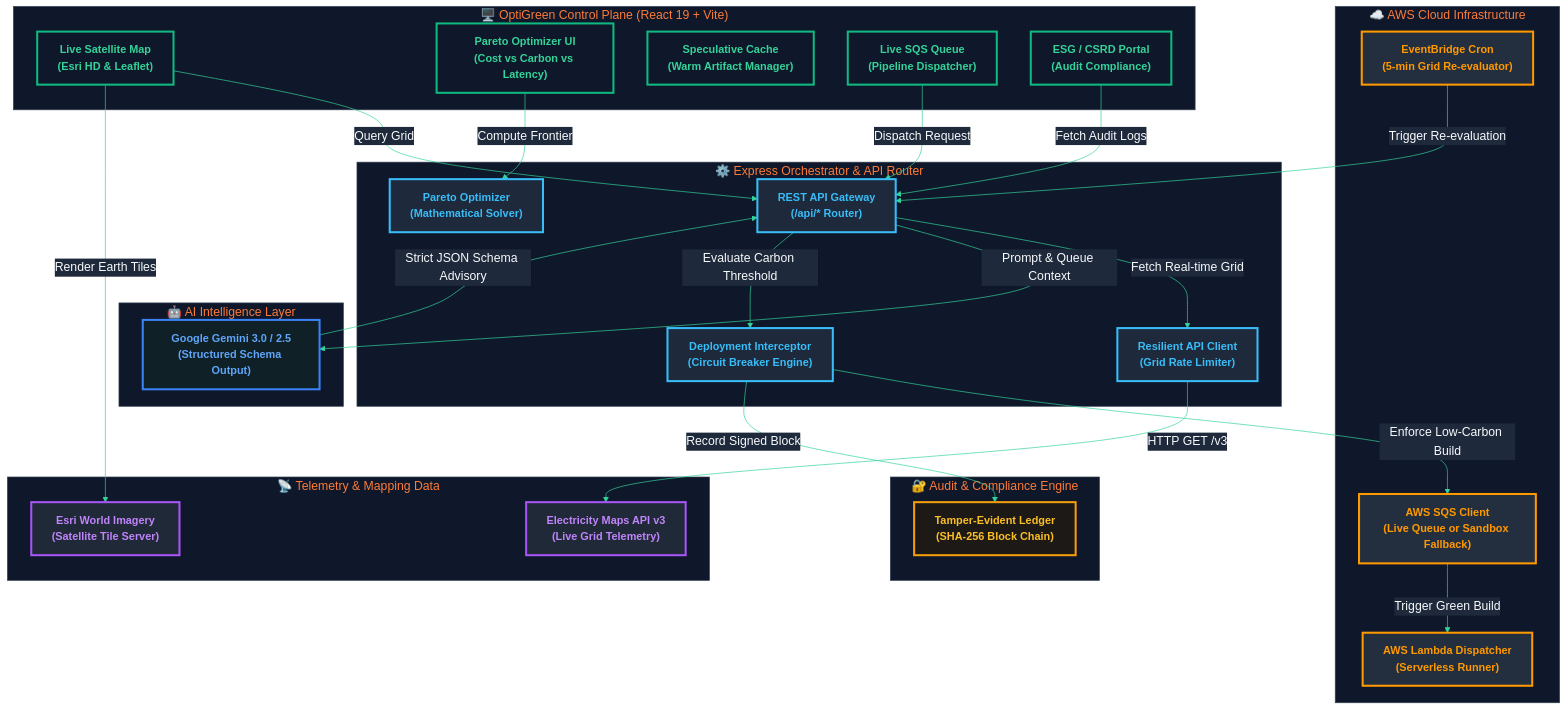
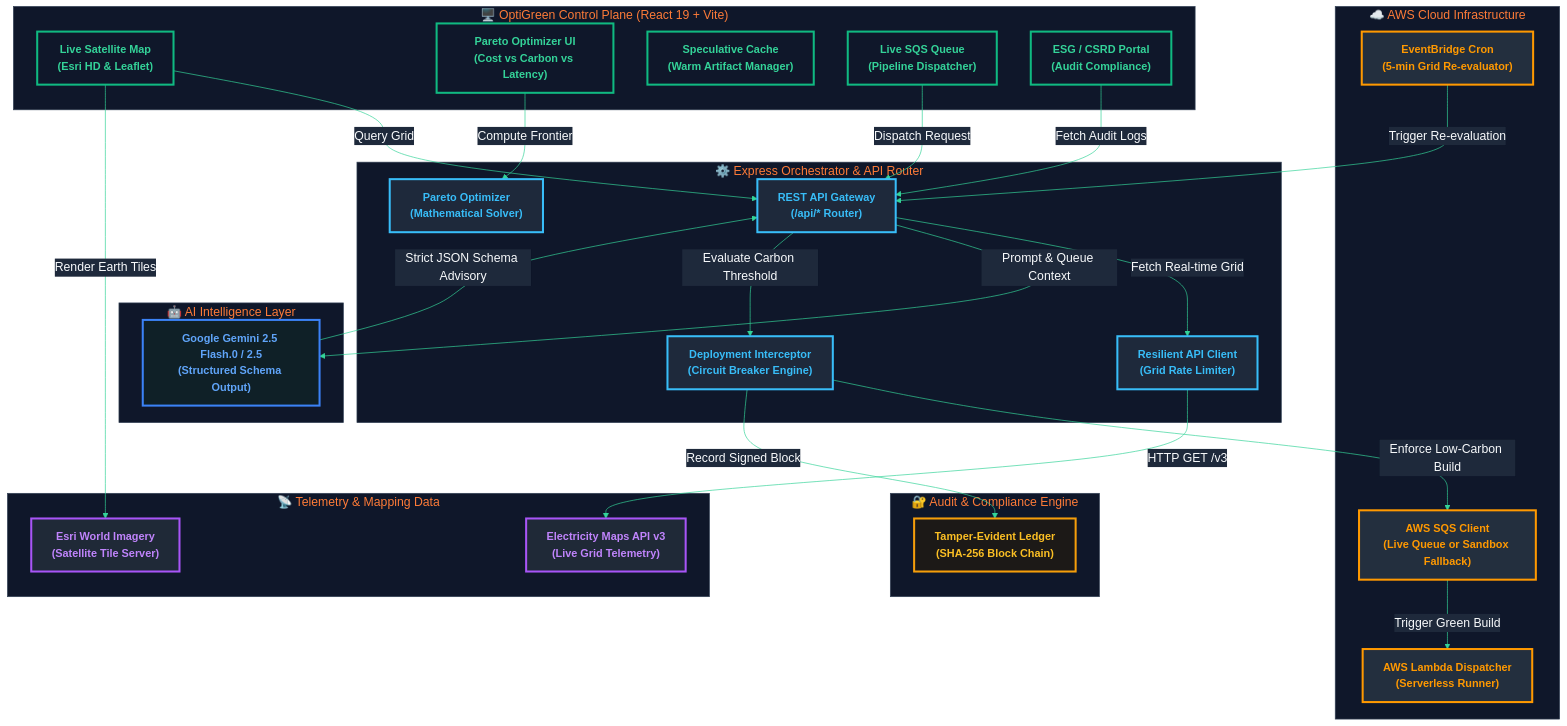
One commit to Jacksonfio/Optigreen changed the second of 3 diagrams in README.md. Above: the diagram before and after it, drawn with Mermaid. The commit also changed other lines of this file and 6 other files, not shown here.

Commit message:
docs: standardize Gemini 2.5 Flash naming, align firebase config and GCP client to asia-south1 optigreen-513511

```diff
--- a/README.md
+++ b/README.md
@@ -440,7 +440,7 @@
     end
 
     subgraph AI["🤖 AI Intelligence Layer"]
-        Gemini["<b>Google Gemini 3.0 / 2.5</b><br/>(Structured Schema Output)"]:::ai
+        Gemini["<b>Google Gemini 2.5 Flash.0 / 2.5</b><br/>(Structured Schema Output)"]:::ai
     end
 
     subgraph External["📡 Telemetry & Mapping Data"]
```
